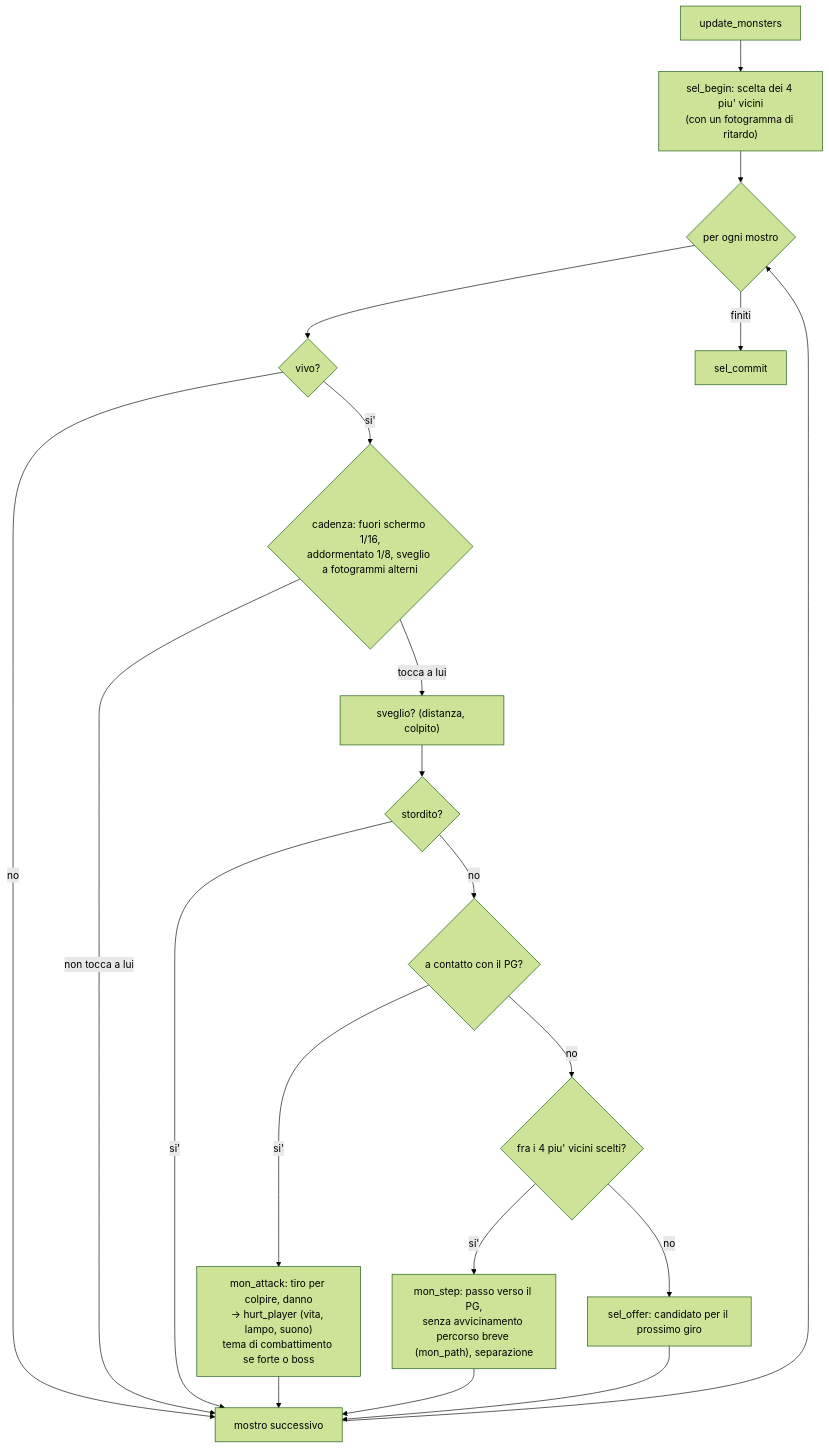
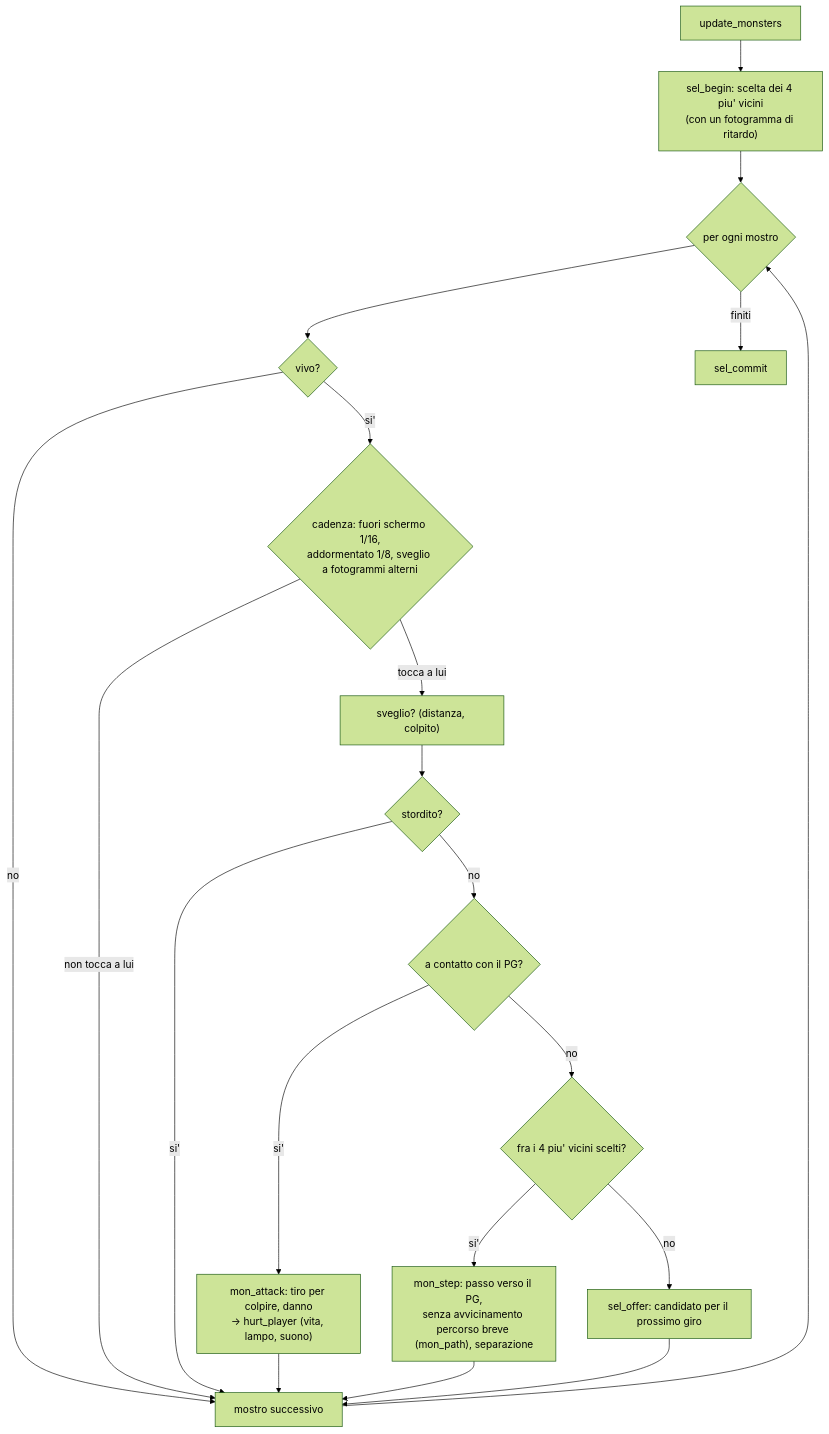
Diagram 13 of 18 in docs/wiki/flussi.md (caporalesimone/barbarian-the-blood-path), drawn with Mermaid (forest theme) before and after one commit. The commit also changed other lines of this file and 5 other files, not shown here.

First line of the commit message:
Musica: tema di combattimento solo con un boss con nome sullo schermo

````diff
--- a/docs/wiki/flussi.md
+++ b/docs/wiki/flussi.md
@@ -336,22 +336,22 @@
 ```mermaid
 flowchart TD
     UM["update_monsters"] --> SB["sel_begin: scelta dei 4 piu' vicini<br/>(con un fotogramma di ritardo)"]
     SB --> LP{"per ogni mostro"}
     LP --> AL{"vivo?"}
     AL -->|no| NX
     AL -->|si'| CAD{"cadenza: fuori schermo 1/16,<br/>addormentato 1/8, sveglio a fotogrammi alterni"}
     CAD -->|non tocca a lui| NX
     CAD -->|tocca a lui| WK["sveglio? (distanza, colpito)"]
     WK --> STN{"stordito?"}
     STN -->|si'| NX
     STN -->|no| CT{"a contatto con il PG?"}
-    CT -->|si'| ATK["mon_attack: tiro per colpire, danno<br/>-> hurt_player (vita, lampo, suono)<br/>tema di combattimento se forte o boss"]
+    CT -->|si'| ATK["mon_attack: tiro per colpire, danno<br/>-> hurt_player (vita, lampo, suono)"]
     CT -->|no| SEL{"fra i 4 piu' vicini scelti?"}
     SEL -->|si'| ST["mon_step: passo verso il PG,<br/>senza avvicinamento percorso breve (mon_path), separazione"]
     SEL -->|no| OFF["sel_offer: candidato per il prossimo giro"]
     ATK --> NX
     ST --> NX
     OFF --> NX
     NX["mostro successivo"] --> LP
     LP -->|finiti| SC["sel_commit"]
 ```
````
